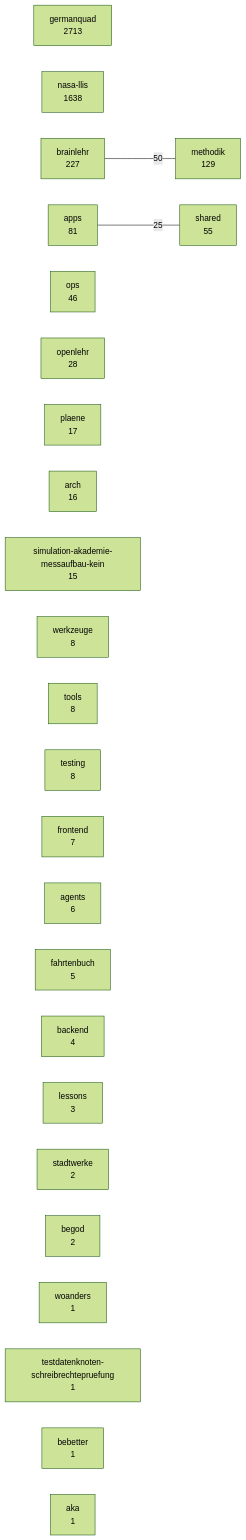
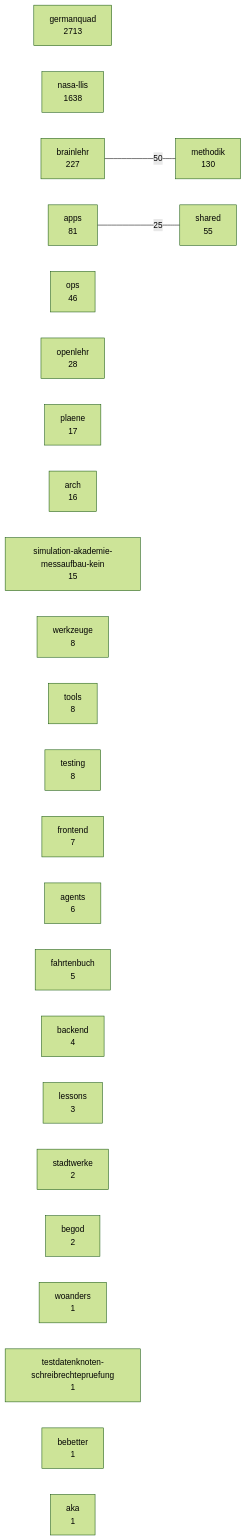
The diagram in docs/karten/bestand.md (3lehr/brainlehr), drawn with Mermaid (forest theme) before and after one commit. The commit also changed 1 other file, not shown here.

Commit message:
chore(karten): Bestandskarte nachgezogen -- der Waechter hat den Push gestoppt
Der kartenstand-Melder wies den Push ab und nannte den Auffrischbefehl;
ausgefuehrt statt umgangen. Vorher geprueft, dass docs/karten/ niemandem
gehoert: kein uncommitteter Stand, und die Registertreffer betreffen
landkarten.html einer anderen Sitzung, nicht diese Dateien.

Aenderung an Produktivcode: keine, erzeugte Artefakte.
Plan: docs/PLAN_OPENLEHR_EINZELUNTERNEHMER_2026-08-16.md

````diff
--- a/docs/karten/bestand.md
+++ b/docs/karten/bestand.md
@@ -5,30 +5,30 @@
 ```mermaid
 graph LR
   germanquad["germanquad<br/>2713"]
   nasa_llis["nasa-llis<br/>1638"]
   brainlehr["brainlehr<br/>227"]
-  methodik["methodik<br/>129"]
+  methodik["methodik<br/>130"]
   apps["apps<br/>81"]
   shared["shared<br/>55"]
   ops["ops<br/>46"]
   openlehr["openlehr<br/>28"]
   plaene["plaene<br/>17"]
   arch["arch<br/>16"]
   simulation_akademie_messaufbau_kein["simulation-akademie-messaufbau-kein<br/>15"]
   werkzeuge["werkzeuge<br/>8"]
   tools["tools<br/>8"]
   testing["testing<br/>8"]
   frontend["frontend<br/>7"]
   agents["agents<br/>6"]
   fahrtenbuch["fahrtenbuch<br/>5"]
   backend["backend<br/>4"]
   lessons["lessons<br/>3"]
   stadtwerke["stadtwerke<br/>2"]
   begod["begod<br/>2"]
   woanders["woanders<br/>1"]
   testdatenknoten_schreibrechtepruefung["testdatenknoten-schreibrechtepruefung<br/>1"]
   bebetter["bebetter<br/>1"]
   aka["aka<br/>1"]
   brainlehr ---|50| methodik
   apps ---|25| shared
 ```
````
